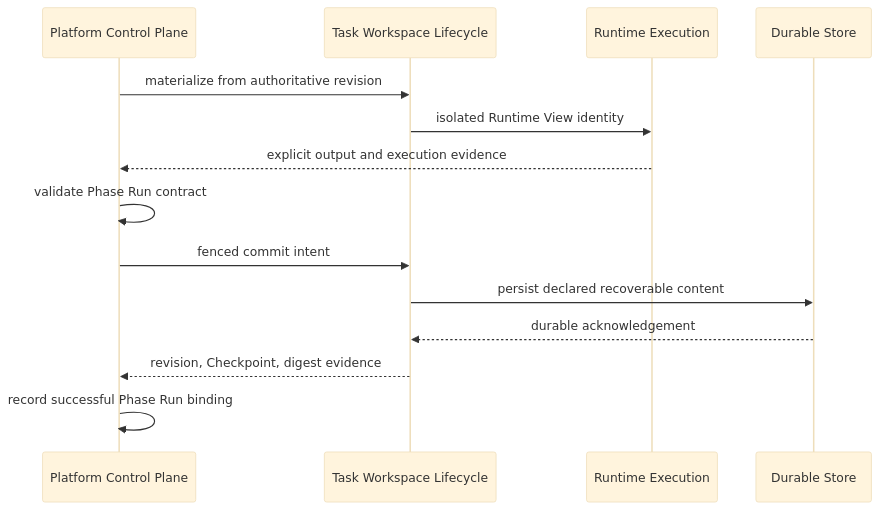
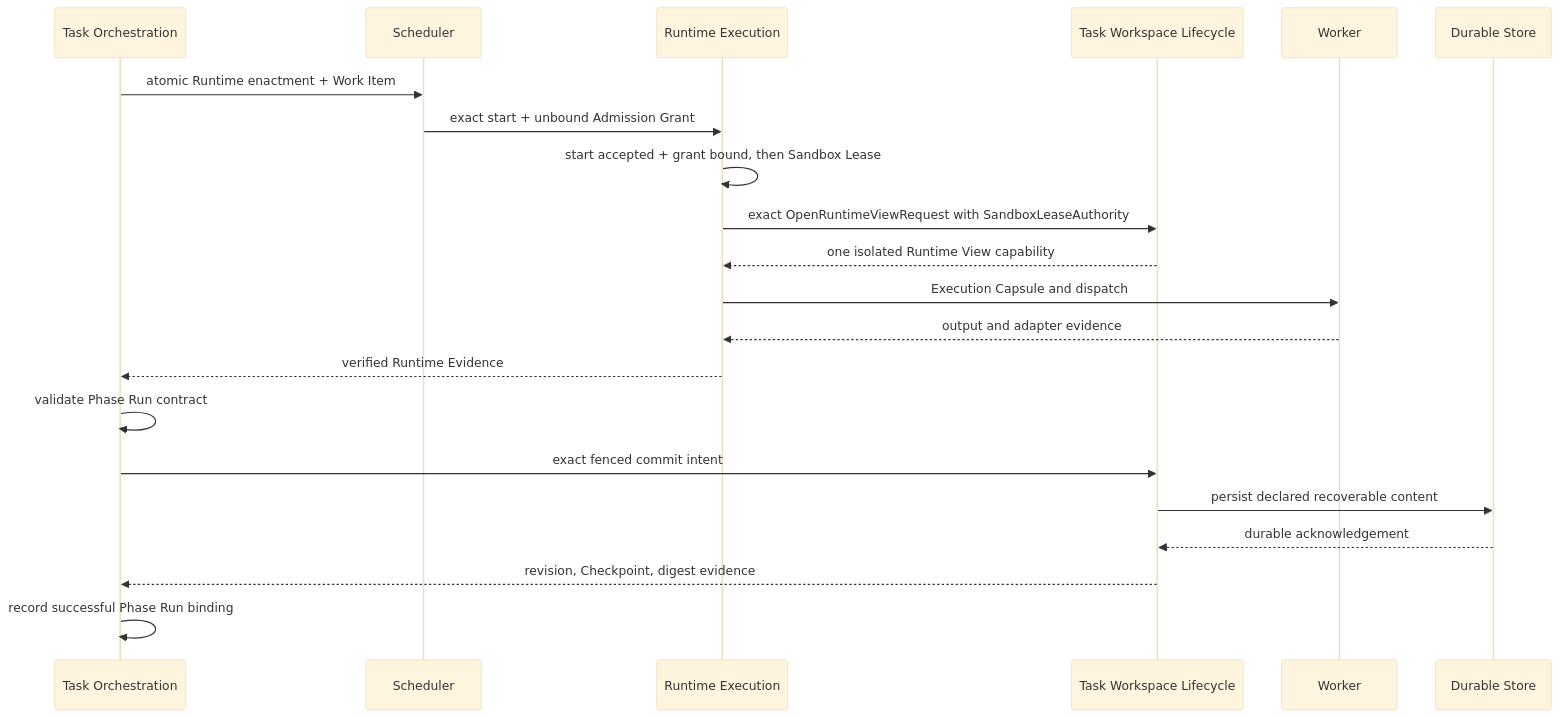
One commit to Vt00ls/SlideSmith changed the second of 2 diagrams in docs/architecture/task-workspace-lifecycle.md. Above: the diagram before and after it, drawn with Mermaid (base theme). The commit also changed other lines of this file and 14 other files, not shown here.

Commit message:
Resolve Issue 71 architecture blockers

````diff
--- a/docs/architecture/task-workspace-lifecycle.md
+++ b/docs/architecture/task-workspace-lifecycle.md
@@ -43,17 +45,24 @@
 ```mermaid
 sequenceDiagram
-    participant CP as Platform Control Plane
+    participant TO as Task Orchestration
+    participant Scheduler
+    participant C03 as Runtime Execution
     participant C04 as Task Workspace Lifecycle
-    participant C03 as Runtime Execution
+    participant Worker
     participant DS as Durable Store
 
-    CP->>C04: materialize from authoritative revision
-    C04->>C03: isolated Runtime View identity
-    C03-->>CP: explicit output and execution evidence
-    CP->>CP: validate Phase Run contract
-    CP->>C04: fenced commit intent
+    TO->>Scheduler: atomic Runtime enactment + Work Item
+    Scheduler->>C03: exact start + unbound Admission Grant
+    C03->>C03: start accepted + grant bound, then Sandbox Lease
+    C03->>C04: exact OpenRuntimeViewRequest with SandboxLeaseAuthority
+    C04-->>C03: one isolated Runtime View capability
+    C03->>Worker: Execution Capsule and dispatch
+    Worker-->>C03: output and adapter evidence
+    C03-->>TO: verified Runtime Evidence
+    TO->>TO: validate Phase Run contract
+    TO->>C04: exact fenced commit intent
     C04->>DS: persist declared recoverable content
     DS-->>C04: durable acknowledgement
-    C04-->>CP: revision, Checkpoint, digest evidence
-    CP->>CP: record successful Phase Run binding
+    C04-->>TO: revision, Checkpoint, digest evidence
+    TO->>TO: record successful Phase Run binding
 ```
````
